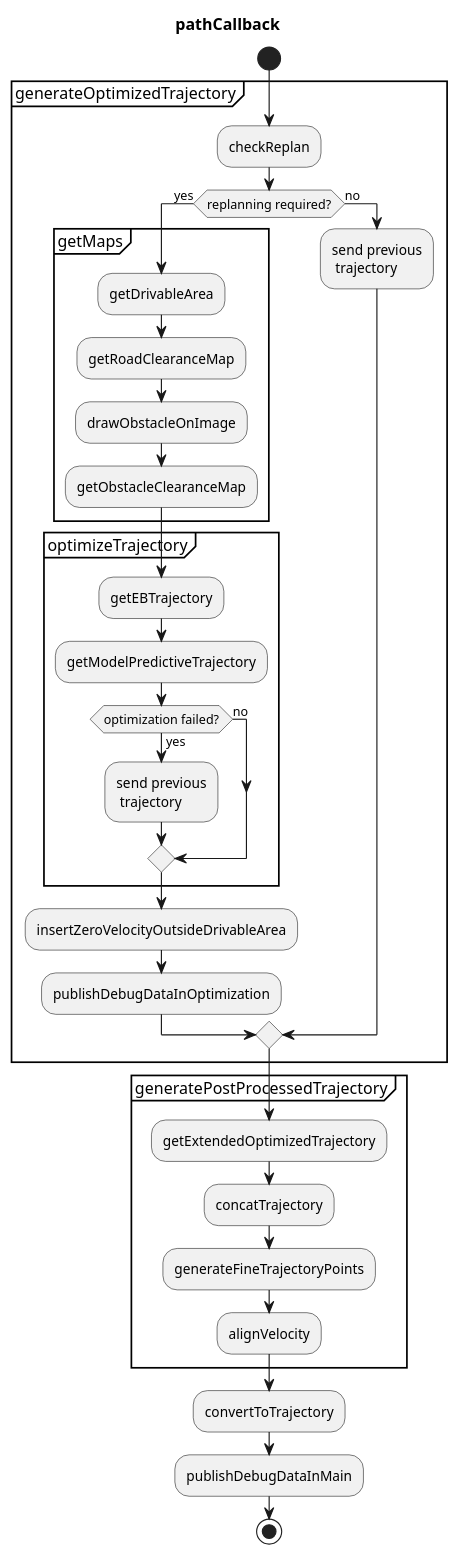
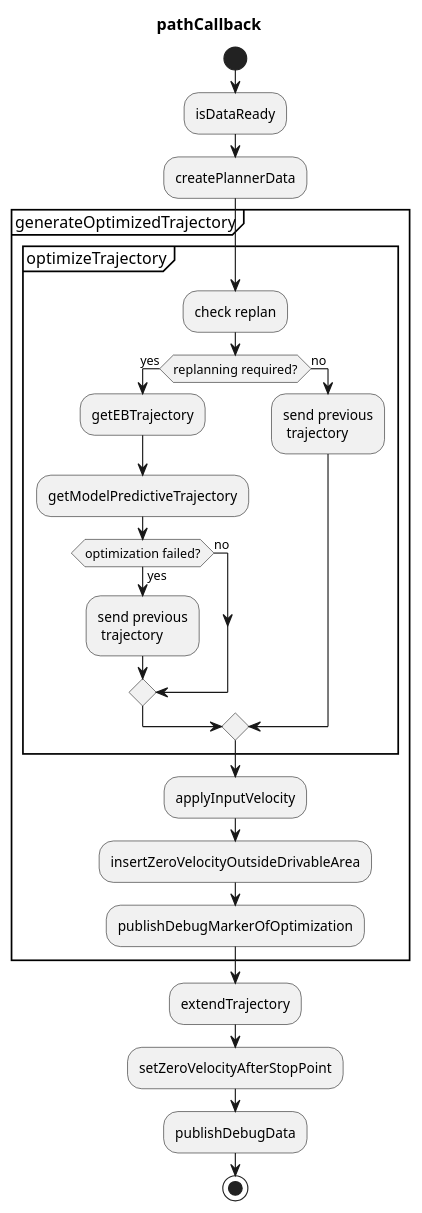
The diagram in src/universe/autoware.universe/planning/obstacle_avoidance_planner/README.md (IEIAuto/AutoDRRT), drawn with PlantUML before and after one commit. The commit also changed other lines of this file and 10583 other files, not shown here.

````diff
--- a/src/universe/autoware.universe/planning/obstacle_avoidance_planner/README.md
+++ b/src/universe/autoware.universe/planning/obstacle_avoidance_planner/README.md
@@ -35,48 +36,39 @@
 ```plantuml
 @startuml
 title pathCallback
 start
 
+:isDataReady;
+
+:createPlannerData;
+
 group generateOptimizedTrajectory
-  :checkReplan;
-  if (replanning required?) then (yes)
-    group getMaps
-      :getDrivableArea;
-      :getRoadClearanceMap;
-      :drawObstacleOnImage;
-      :getObstacleClearanceMap;
-    end group
-
-    group optimizeTrajectory
+  group optimizeTrajectory
+    :check replan;
+    if (replanning required?) then (yes)
       :getEBTrajectory;
       :getModelPredictiveTrajectory;
-
       if (optimization failed?) then (no)
       else (yes)
         :send previous\n trajectory;
       endif
-    end group
+    else (no)
+      :send previous\n trajectory;
+    endif
+  end group
 
-    :insertZeroVelocityOutsideDrivableArea;
-
-    :publishDebugDataInOptimization;
-  else (no)
-    :send previous\n trajectory;
-  endif
+  :applyInputVelocity;
+  :insertZeroVelocityOutsideDrivableArea;
+  :publishDebugMarkerOfOptimization;
 end group
 
 
-group generatePostProcessedTrajectory
-  :getExtendedOptimizedTrajectory;
-  :concatTrajectory;
-  :generateFineTrajectoryPoints;
-  :alignVelocity;
-end group
+:extendTrajectory;
 
-:convertToTrajectory;
+:setZeroVelocityAfterStopPoint;
 
-:publishDebugDataInMain;
+:publishDebugData;
 
 stop
 @enduml
 ```
````
